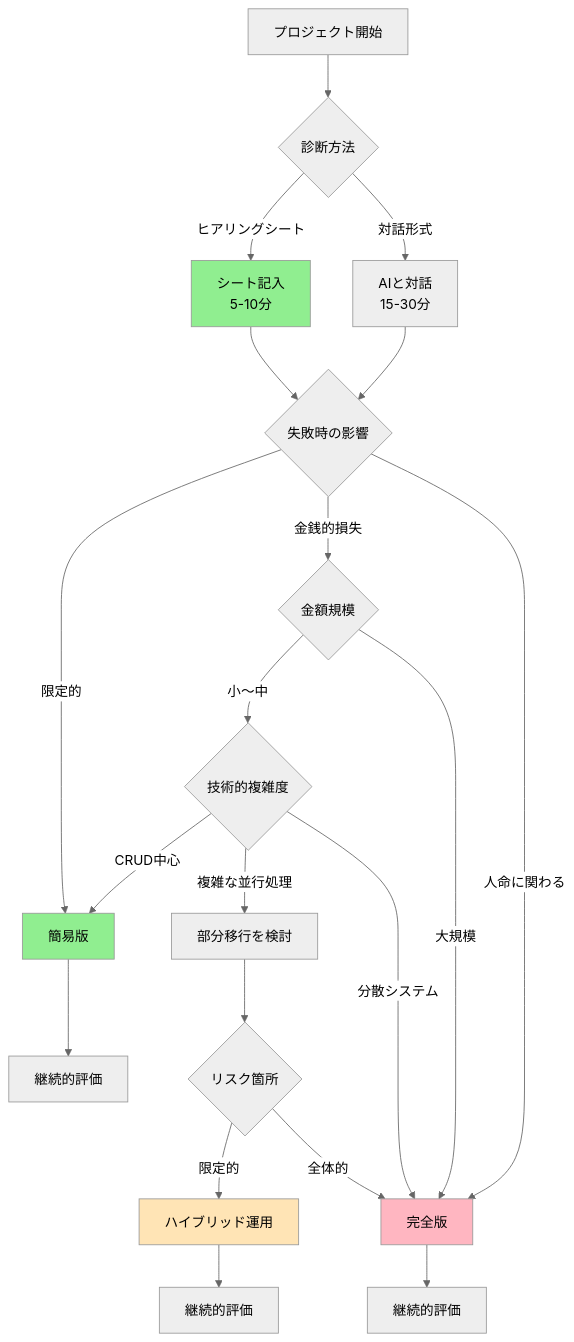
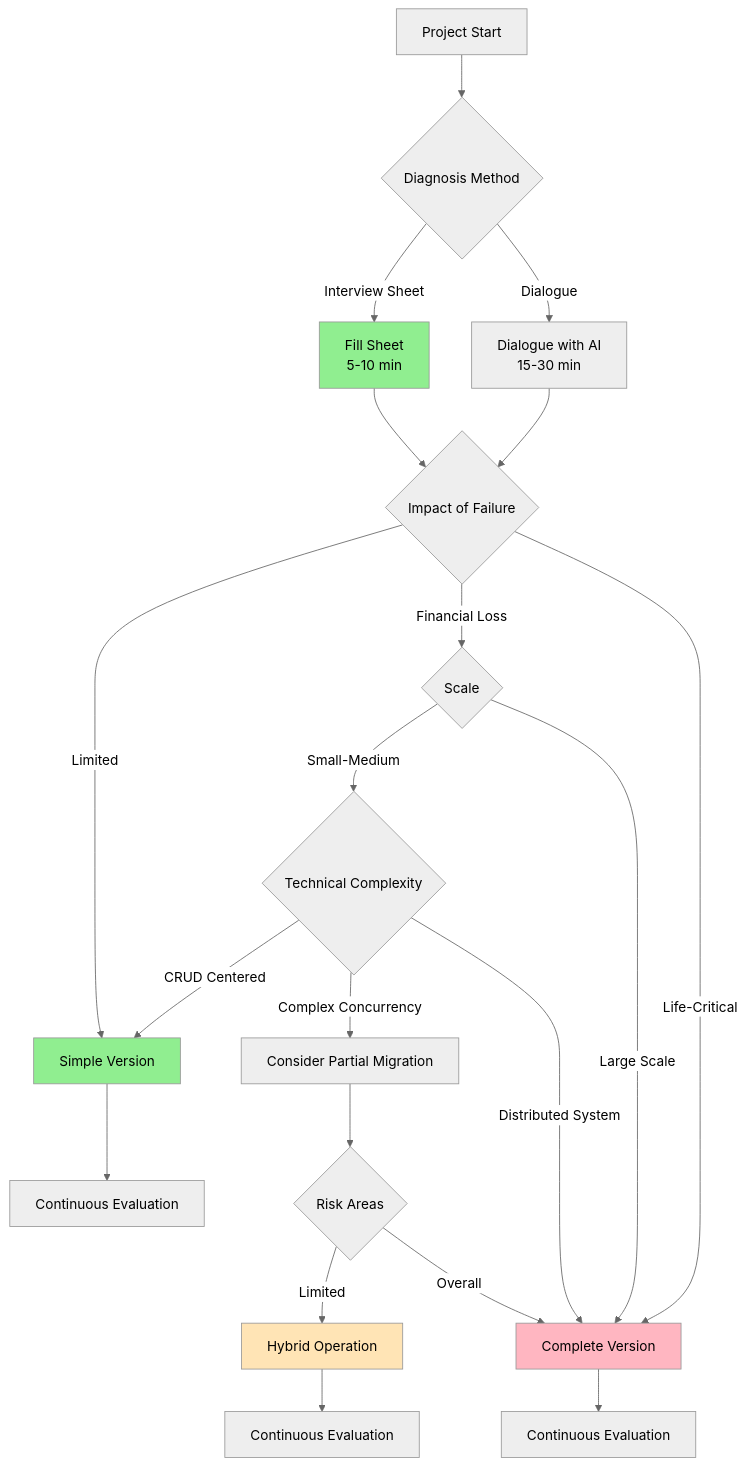
The diagram in docs/complete-framework-documentation.md (itdojp/RigorFlow), drawn with Mermaid (neutral theme) before and after one commit. The commit also changed other lines of this file and 15 other files, not shown here.

````diff
--- a/docs/complete-framework-documentation.md
+++ b/docs/complete-framework-documentation.md
@@ -157,34 +157,34 @@
 ```mermaid
 graph TD
-    Start[プロジェクト開始] --> Method{診断方法}
+    Start[Project Start] --> Method{Diagnosis Method}
     
-    Method -->|ヒアリングシート| Sheet[シート記入<br/>5-10分]
-    Method -->|対話形式| Dialog[AIと対話<br/>15-30分]
+    Method -->|Interview Sheet| Sheet[Fill Sheet<br/>5-10 min]
+    Method -->|Dialogue| Dialog[Dialogue with AI<br/>15-30 min]
     
-    Sheet --> Q1{失敗時の影響}
+    Sheet --> Q1{Impact of Failure}
     Dialog --> Q1
     
-    Q1 -->|限定的| Simple[簡易版]
-    Q1 -->|金銭的損失| Q2{金額規模}
-    Q1 -->|人命に関わる| Full[完全版]
+    Q1 -->|Limited| Simple[Simple Version]
+    Q1 -->|Financial Loss| Q2{Scale}
+    Q1 -->|Life-Critical| Full[Complete Version]
     
-    Q2 -->|小〜中| Q3{技術的複雑度}
-    Q2 -->|大規模| Full
+    Q2 -->|Small-Medium| Q3{Technical Complexity}
+    Q2 -->|Large Scale| Full
     
-    Q3 -->|CRUD中心| Simple
-    Q3 -->|複雑な並行処理| Partial[部分移行を検討]
-    Q3 -->|分散システム| Full
+    Q3 -->|CRUD Centered| Simple
+    Q3 -->|Complex Concurrency| Partial[Consider Partial Migration]
+    Q3 -->|Distributed System| Full
     
-    Partial --> Q4{リスク箇所}
-    Q4 -->|限定的| Hybrid[ハイブリッド運用]
-    Q4 -->|全体的| Full
+    Partial --> Q4{Risk Areas}
+    Q4 -->|Limited| Hybrid[Hybrid Operation]
+    Q4 -->|Overall| Full
     
-    Simple --> Monitor1[継続的評価]
-    Hybrid --> Monitor2[継続的評価]
-    Full --> Monitor3[継続的評価]
+    Simple --> Monitor1[Continuous Evaluation]
+    Hybrid --> Monitor2[Continuous Evaluation]
+    Full --> Monitor3[Continuous Evaluation]
     
     style Sheet fill:#90EE90
     style Simple fill:#90EE90
     style Hybrid fill:#FFE4B5
     style Full fill:#FFB6C1
 ```
````
